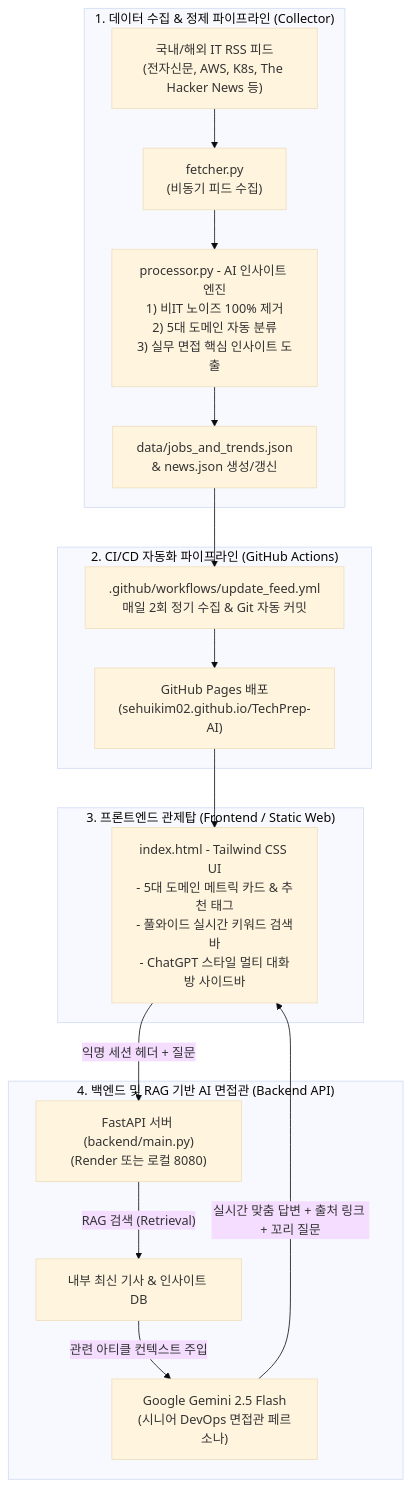
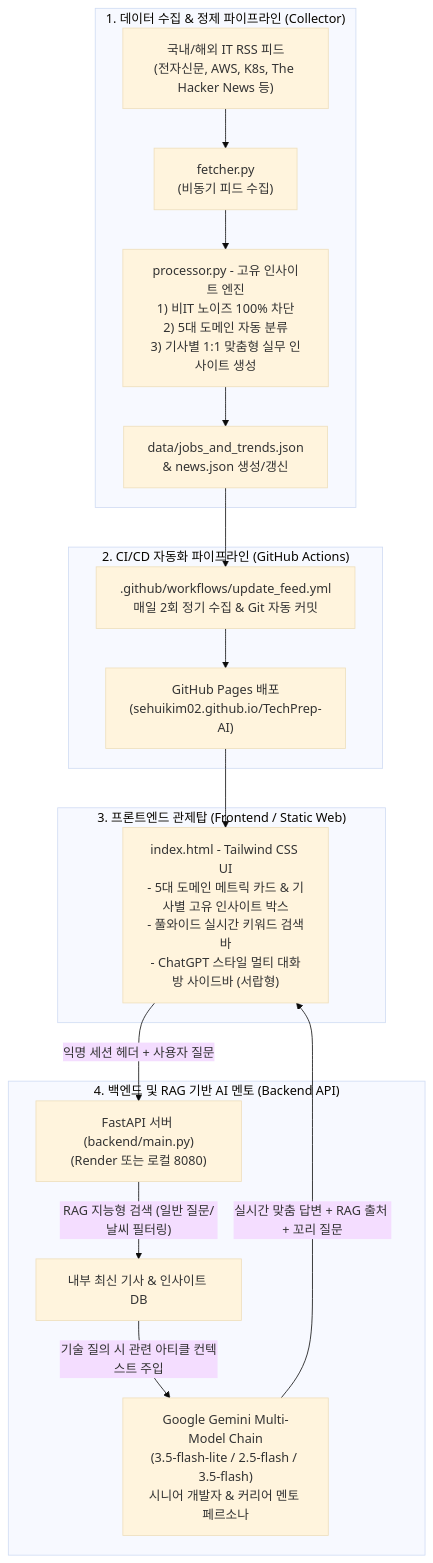
The diagram in README.md (sehuikim02/TechPrep-AI), drawn with Mermaid (base theme) before and after one commit. The commit also changed other lines of this file, not shown here.

Commit message:
docs: comprehensive update of README.md reflecting unique insights, multi-model fallback, intelligent RAG, and career mentoring

````diff
--- a/README.md
+++ b/README.md
@@ -39,24 +48,24 @@
 ```mermaid
 flowchart TD
     subgraph S1["1. 데이터 수집 & 정제 파이프라인 (Collector)"]
         RSS["국내/해외 IT RSS 피드<br>(전자신문, AWS, K8s, The Hacker News 등)"] --> Fetcher["fetcher.py<br>(비동기 피드 수집)"]
-        Fetcher --> Processor["processor.py - AI 인사이트 엔진<br>1) 비IT 노이즈 100% 제거<br>2) 5대 도메인 자동 분류<br>3) 실무 면접 핵심 인사이트 도출"]
+        Fetcher --> Processor["processor.py - 고유 인사이트 엔진<br>1) 비IT 노이즈 100% 차단<br>2) 5대 도메인 자동 분류<br>3) 기사별 1:1 맞춤형 실무 인사이트 생성"]
         Processor --> JSON["data/jobs_and_trends.json<br>& news.json 생성/갱신"]
     end
 
     subgraph S2["2. CI/CD 자동화 파이프라인 (GitHub Actions)"]
         JSON --> GHA[".github/workflows/update_feed.yml<br>매일 2회 정기 수집 & Git 자동 커밋"]
         GHA --> GHP["GitHub Pages 배포<br>(sehuikim02.github.io/TechPrep-AI)"]
     end
 
     subgraph S3["3. 프론트엔드 관제탑 (Frontend / Static Web)"]
-        GHP --> UI["index.html - Tailwind CSS UI<br>- 5대 도메인 메트릭 카드 & 추천 태그<br>- 풀와이드 실시간 키워드 검색바<br>- ChatGPT 스타일 멀티 대화방 사이드바"]
+        GHP --> UI["index.html - Tailwind CSS UI<br>- 5대 도메인 메트릭 카드 & 기사별 고유 인사이트 박스<br>- 풀와이드 실시간 키워드 검색바<br>- ChatGPT 스타일 멀티 대화방 사이드바 (서랍형)"]
     end
 
-    subgraph S4["4. 백엔드 및 RAG 기반 AI 면접관 (Backend API)"]
-        UI -->|"익명 세션 헤더 + 질문"| Fast["FastAPI 서버 (backend/main.py)<br>(Render 또는 로컬 8080)"]
-        Fast -->|"RAG 검색 (Retrieval)"| RAG["내부 최신 기사 & 인사이트 DB"]
-        RAG -->|"관련 아티클 컨텍스트 주입"| Gemini["Google Gemini 2.5 Flash<br>(시니어 DevOps 면접관 페르소나)"]
-        Gemini -->|"실시간 맞춤 답변 + 출처 링크 + 꼬리 질문"| UI
+    subgraph S4["4. 백엔드 및 RAG 기반 AI 멘토 (Backend API)"]
+        UI -->|"익명 세션 헤더 + 사용자 질문"| Fast["FastAPI 서버 (backend/main.py)<br>(Render 또는 로컬 8080)"]
+        Fast -->|"RAG 지능형 검색 (일반 질문/날씨 필터링)"| RAG["내부 최신 기사 & 인사이트 DB"]
+        RAG -->|"기술 질의 시 관련 아티클 컨텍스트 주입"| Gemini["Google Gemini Multi-Model Chain<br>(3.5-flash-lite / 2.5-flash / 3.5-flash)<br>시니어 개발자 & 커리어 멘토 페르소나"]
+        Gemini -->|"실시간 맞춤 답변 + RAG 출처 + 꼬리 질문"| UI
     end
 ```
````
